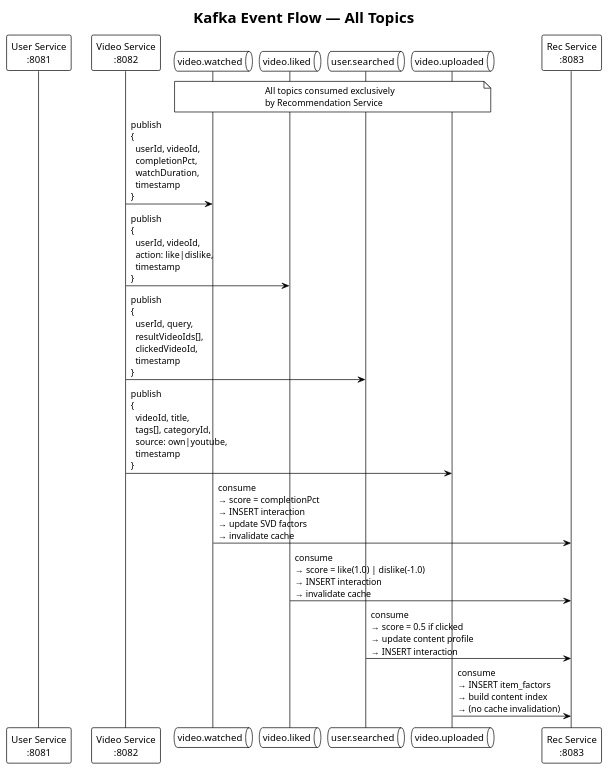
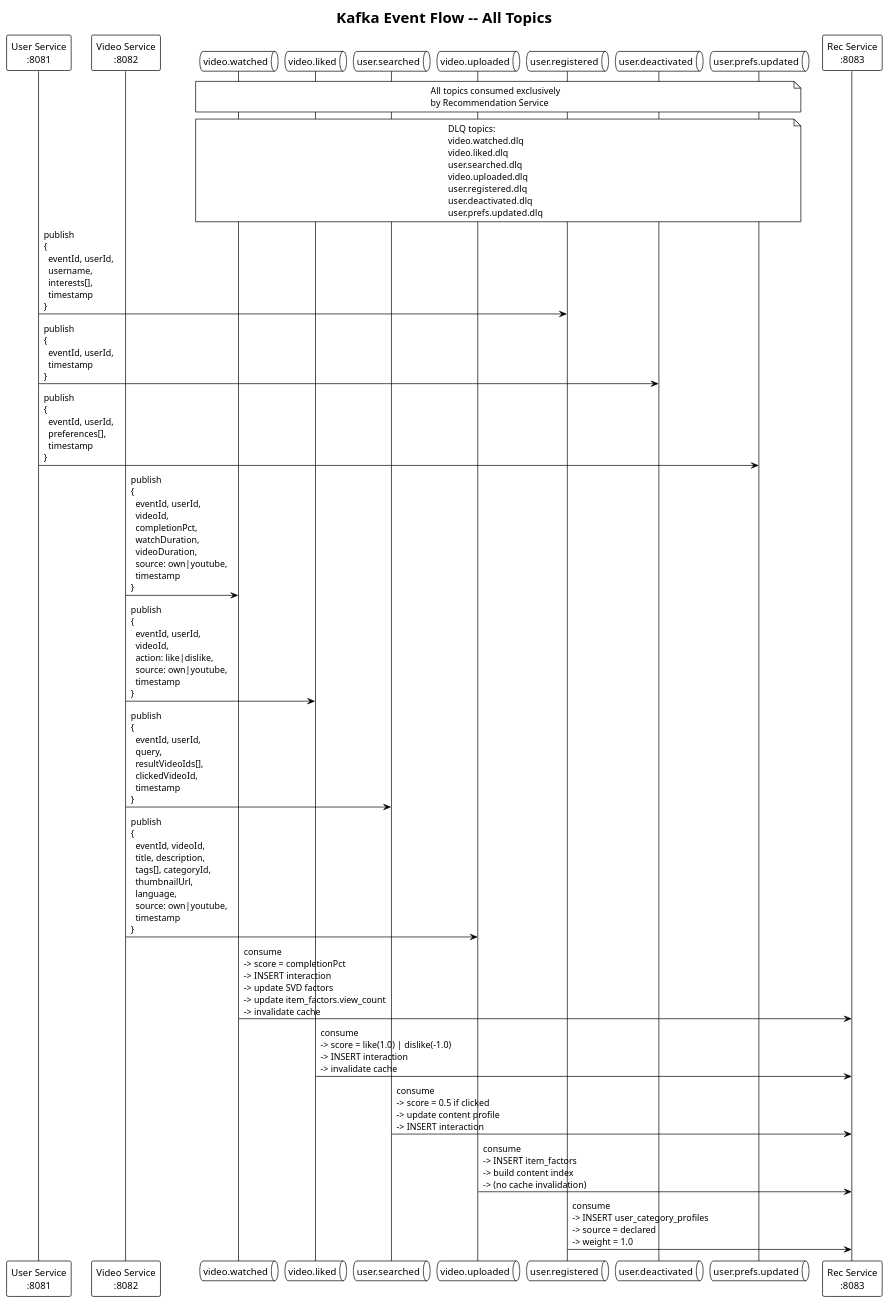
Before and after one commit to AmnsAmr/recommendation_sys: the diagram in uml/08_kafka_event_flow.puml, drawn with PlantUML. The commit also changed 18 other files, not shown here.

```diff
--- a/uml/08_kafka_event_flow.puml
+++ b/uml/08_kafka_event_flow.puml
@@ -1,37 +1,57 @@
 @startuml Kafka Event Flow
 !theme plain
 skinparam backgroundColor #FFFFFF
 skinparam defaultFontName Arial
 
-title Kafka Event Flow — All Topics
+title Kafka Event Flow -- All Topics
 
 participant "User Service\n:8081" as us
 participant "Video Service\n:8082" as vs
 queue "video.watched" as tw
 queue "video.liked" as tl
 queue "user.searched" as ts
 queue "video.uploaded" as tu
+queue "user.registered" as tur
+queue "user.deactivated" as tud
+queue "user.prefs.updated" as tup
 participant "Rec Service\n:8083" as rec
 
-note over tw, tu
+note over tw, tup
   All topics consumed exclusively
   by Recommendation Service
 end note
 
-vs -> tw : publish\n{\n  userId, videoId,\n  completionPct,\n  watchDuration,\n  timestamp\n}
+note over tw, tup
+  DLQ topics:
+  video.watched.dlq
+  video.liked.dlq
+  user.searched.dlq
+  video.uploaded.dlq
+  user.registered.dlq
+  user.deactivated.dlq
+  user.prefs.updated.dlq
+end note
 
-vs -> tl : publish\n{\n  userId, videoId,\n  action: like|dislike,\n  timestamp\n}
+us -> tur : publish\n{\n  eventId, userId,\n  username,\n  interests[],\n  timestamp\n}
+us -> tud : publish\n{\n  eventId, userId,\n  timestamp\n}
+us -> tup : publish\n{\n  eventId, userId,\n  preferences[],\n  timestamp\n}
 
-vs -> ts : publish\n{\n  userId, query,\n  resultVideoIds[],\n  clickedVideoId,\n  timestamp\n}
+vs -> tw : publish\n{\n  eventId, userId,\n  videoId,\n  completionPct,\n  watchDuration,\n  videoDuration,\n  source: own|youtube,\n  timestamp\n}
 
-vs -> tu : publish\n{\n  videoId, title,\n  tags[], categoryId,\n  source: own|youtube,\n  timestamp\n}
+vs -> tl : publish\n{\n  eventId, userId,\n  videoId,\n  action: like|dislike,\n  source: own|youtube,\n  timestamp\n}
 
-tw -> rec : consume\n→ score = completionPct\n→ INSERT interaction\n→ update SVD factors\n→ invalidate cache
+vs -> ts : publish\n{\n  eventId, userId,\n  query,\n  resultVideoIds[],\n  clickedVideoId,\n  timestamp\n}
 
-tl -> rec : consume\n→ score = like(1.0) | dislike(-1.0)\n→ INSERT interaction\n→ invalidate cache
+vs -> tu : publish\n{\n  eventId, videoId,\n  title, description,\n  tags[], categoryId,\n  thumbnailUrl,\n  language,\n  source: own|youtube,\n  timestamp\n}
 
-ts -> rec : consume\n→ score = 0.5 if clicked\n→ update content profile\n→ INSERT interaction
+tw -> rec : consume\n-> score = completionPct\n-> INSERT interaction\n-> update SVD factors\n-> update item_factors.view_count\n-> invalidate cache
 
-tu -> rec : consume\n→ INSERT item_factors\n→ build content index\n→ (no cache invalidation)
+tl -> rec : consume\n-> score = like(1.0) | dislike(-1.0)\n-> INSERT interaction\n-> invalidate cache
+
+ts -> rec : consume\n-> score = 0.5 if clicked\n-> update content profile\n-> INSERT interaction
+
+tu -> rec : consume\n-> INSERT item_factors\n-> build content index\n-> (no cache invalidation)
+
+tur -> rec : consume\n-> INSERT user_category_profiles\n-> source = declared\n-> weight = 1.0
 
 @enduml
```
